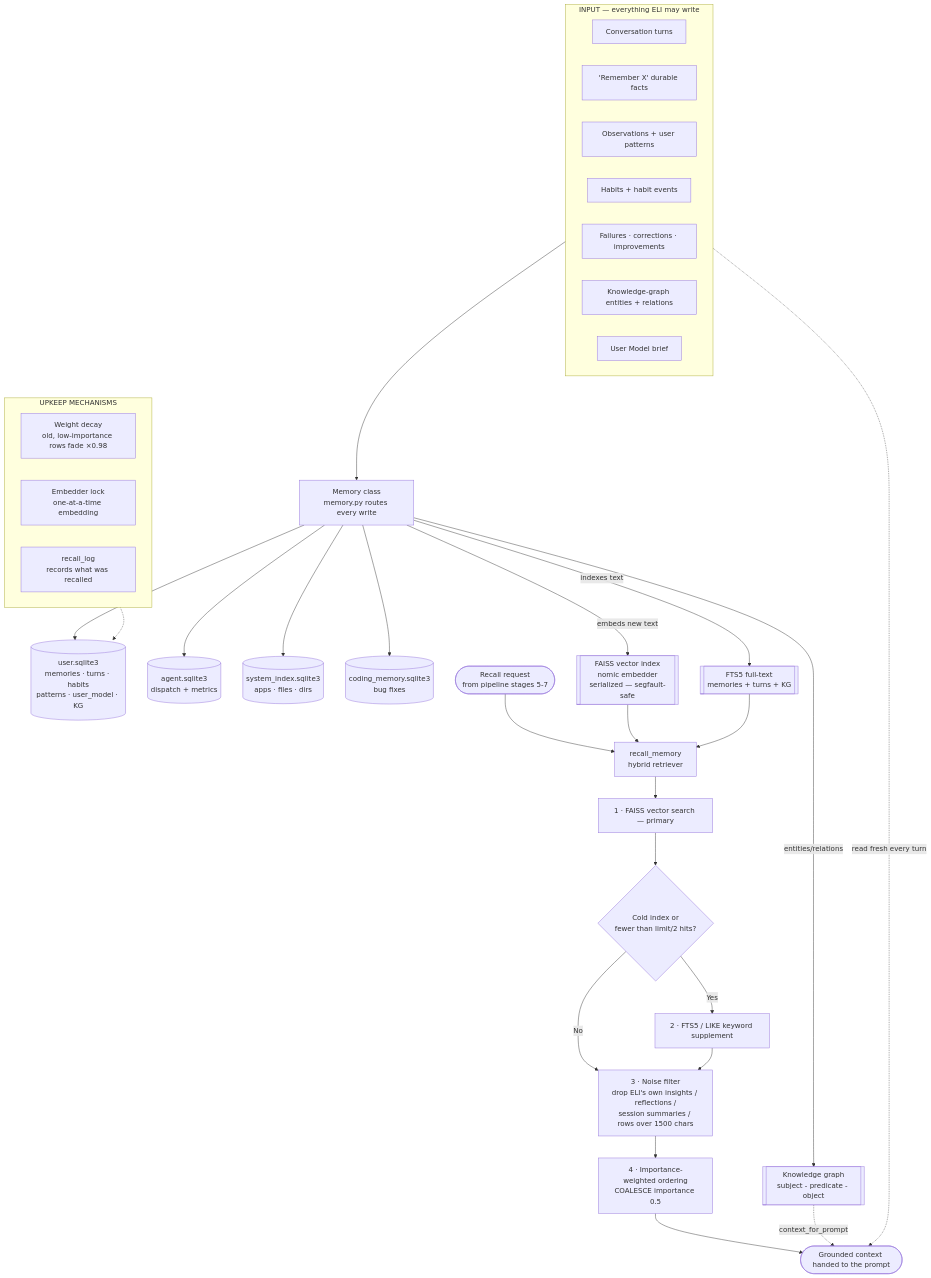
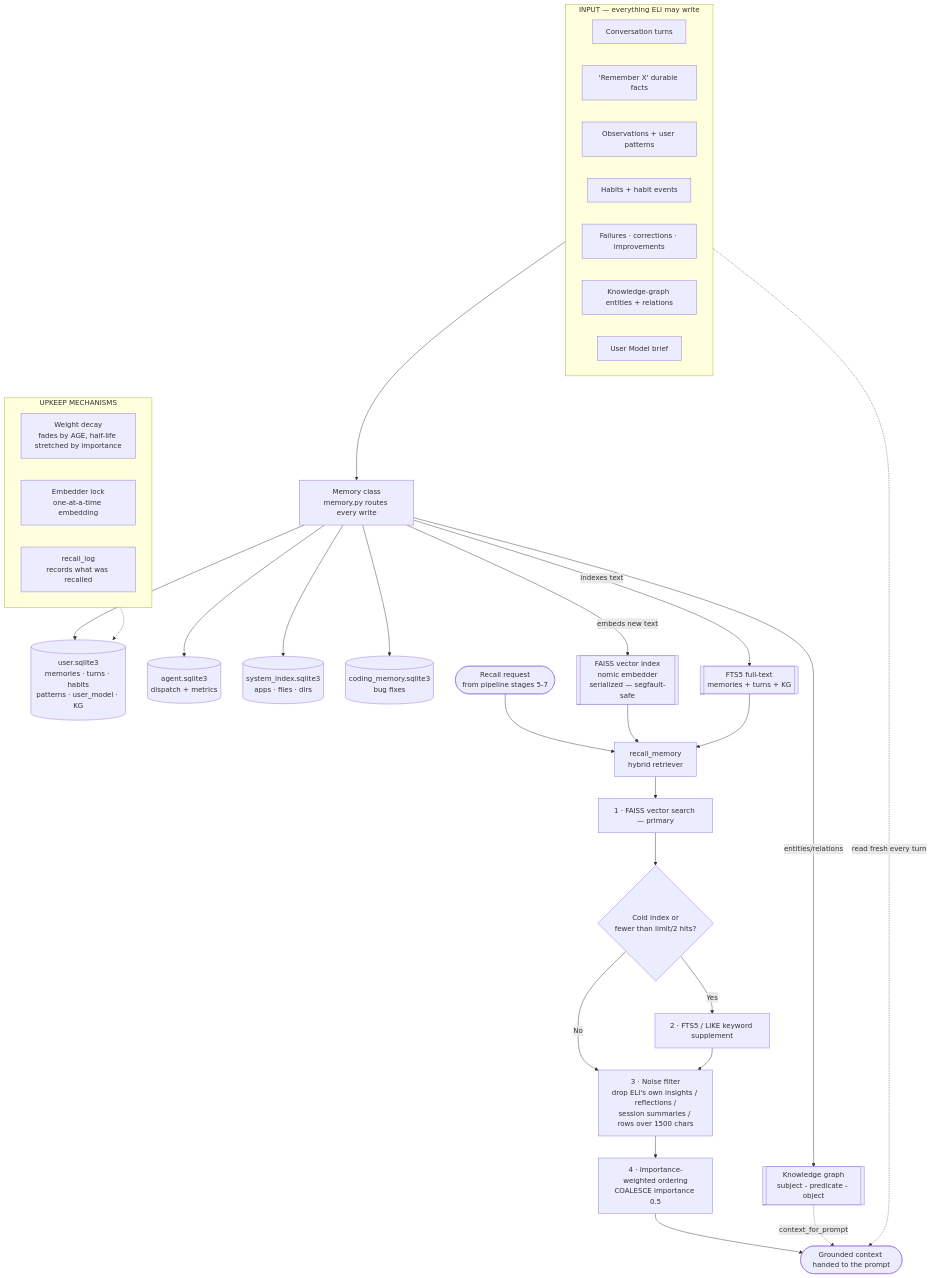
Diagram 11 of 11 in blueprints/ELI_USER_MANUAL.md (ShadowESC95/ELI_v2.0), drawn with Mermaid before and after one commit. The commit also changed other lines of this file and 51 other files, not shown here.

````diff
--- a/blueprints/ELI_USER_MANUAL.md
+++ b/blueprints/ELI_USER_MANUAL.md
@@ -1161,43 +1161,43 @@
 ```mermaid
 flowchart TD
     subgraph IN[INPUT — everything ELI may write]
       direction LR
       I1[Conversation turns]
       I2["'Remember X' durable facts"]
       I3[Observations + user patterns]
       I4[Habits + habit events]
       I5[Failures · corrections · improvements]
       I6[Knowledge-graph entities + relations]
       I7[User Model brief]
     end
     IN --> MEM[Memory class<br/>memory.py routes every write]
 
     MEM --> D1[(user.sqlite3<br/>memories · turns · habits<br/>patterns · user_model · KG)]
     MEM --> D2[(agent.sqlite3<br/>dispatch + metrics)]
     MEM --> D3[(system_index.sqlite3<br/>apps · files · dirs)]
     MEM --> D4[(coding_memory.sqlite3<br/>bug fixes)]
     MEM -->|embeds new text| V[[FAISS vector index<br/>nomic embedder<br/>serialized — segfault-safe]]
     MEM -->|indexes text| F[[FTS5 full-text<br/>memories + turns + KG]]
     MEM -->|entities/relations| KG[[Knowledge graph<br/>subject - predicate - object]]
 
     Q([Recall request<br/>from pipeline stages 5-7]) --> RC[recall_memory<br/>hybrid retriever]
     V --> RC
     F --> RC
     RC --> S1[1 · FAISS vector search — primary]
     S1 --> S2{Cold index or<br/>fewer than limit/2 hits?}
     S2 -->|Yes| S3[2 · FTS5 / LIKE keyword supplement]
     S2 -->|No| S4
     S3 --> S4[3 · Noise filter<br/>drop ELI's own insights / reflections /<br/>session summaries / rows over 1500 chars]
     S4 --> S5[4 · Importance-weighted ordering<br/>COALESCE importance 0.5]
     S5 --> CTX([Grounded context handed to the prompt])
     KG -.->|context_for_prompt| CTX
     I7 -.->|read fresh every turn| CTX
 
     subgraph MECH[UPKEEP MECHANISMS]
       direction LR
-      M1[Weight decay<br/>old, low-importance rows fade ×0.98]
+      M1[Weight decay<br/>fades by AGE, half-life stretched by importance]
       M2[Embedder lock<br/>one-at-a-time embedding]
       M3[recall_log<br/>records what was recalled]
     end
     M1 -.-> D1
 ```
````
